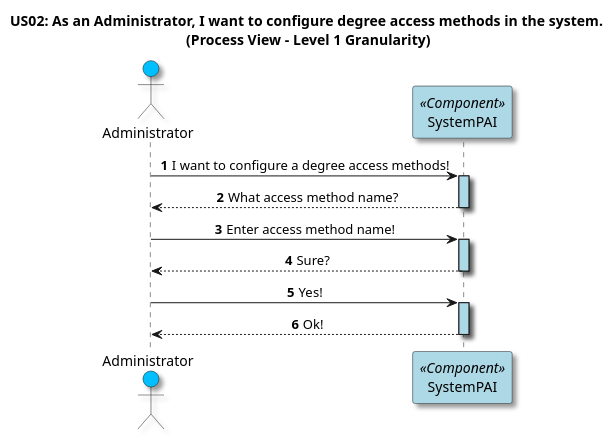
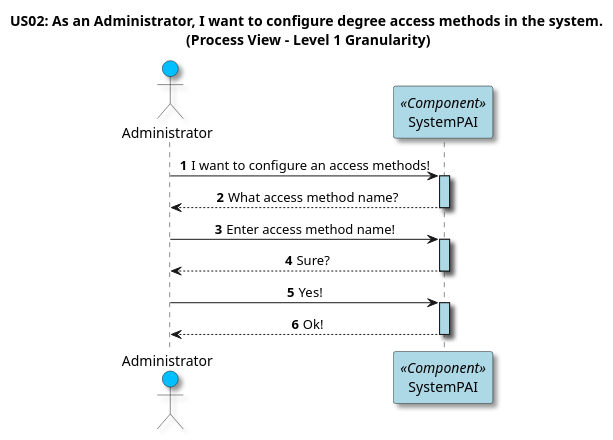
One commit to GasparISEP/DevOps-PAI changed the diagram in docs/US02/Sprint6_RestAPI/ProcessView/Level1Granularity.puml. Above: the diagram before and after it, drawn with PlantUML. The commit also changed 1 other file, not shown here.

Commit message:
feat (diagram): Update the process view diagram at level 2 granularity to configure AccessMethod (#555, #538)

```diff
--- a/docs/US02/Sprint6_RestAPI/ProcessView/Level1Granularity.puml
+++ b/docs/US02/Sprint6_RestAPI/ProcessView/Level1Granularity.puml
@@ -1,33 +1,33 @@
 @startuml
 
 title US02: As an Administrator, I want to configure degree access methods in the system. \n(Process View - Level 1 Granularity)
 
 skinparam defaultTextAlignment center
 skinparam shadowing true
 
 autonumber
 
 actor Administrator as admin #DeepSkyBlue
 
 
 participant SystemPAI as System <<Component>> #LightBlue
 
-admin -> System: I want to configure a degree access methods!
+admin -> System: I want to configure an access methods!
 activate System #LightBlue
 
 System --> admin: What access method name?
 deactivate System
 
 admin -> System: Enter access method name!
 activate System #LightBlue
 
 System --> admin: Sure?
 deactivate System
 
 admin -> System: Yes!
 activate System #LightBlue
 
 System --> admin: Ok!
 deactivate System
 
 @enduml
```
